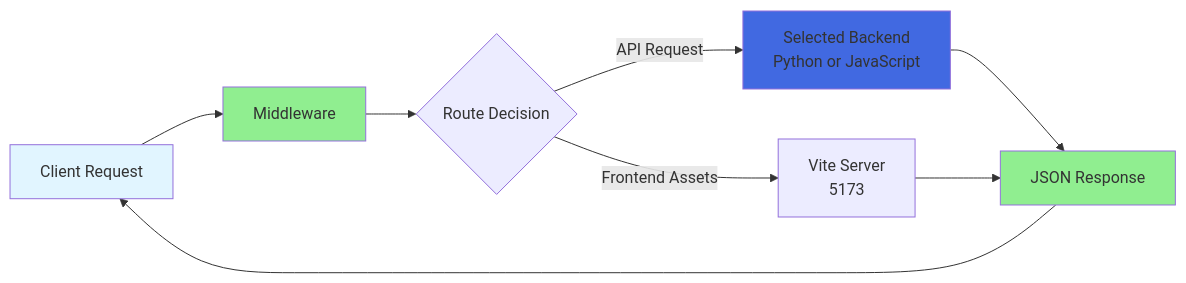
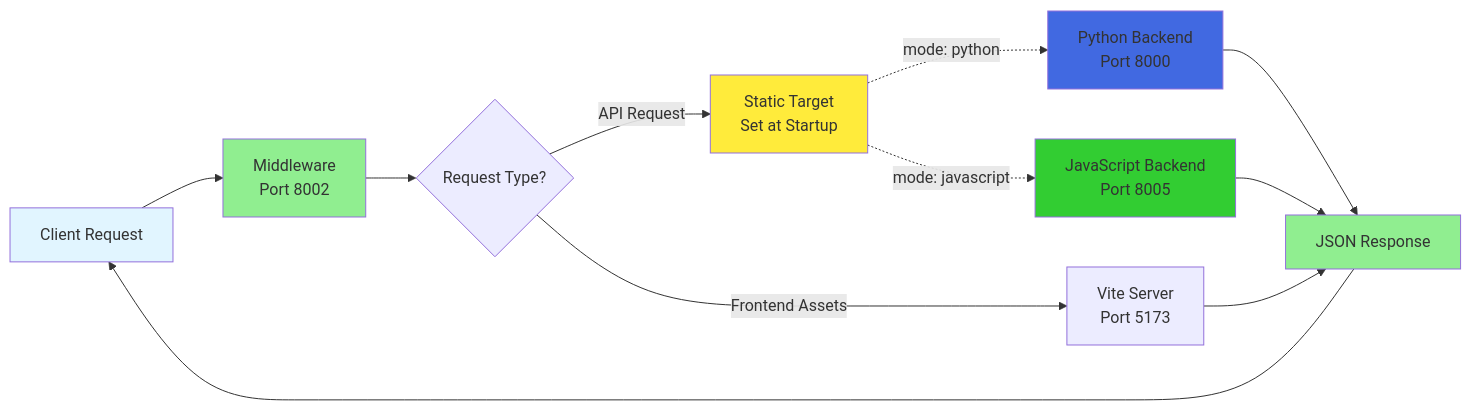
One commit to sunyhydralab/QView3D changed the first of 3 diagrams in docs/ARCHITECTURE.md. Above: the diagram before and after it, drawn with Mermaid. The commit also changed other lines of this file and 4 other files, not shown here.

Commit message:
docs: update documentation to reflect middleware architecture changes

````diff
--- a/docs/ARCHITECTURE.md
+++ b/docs/ARCHITECTURE.md
@@ -39,15 +40,20 @@
 ```mermaid
 flowchart LR
-    Client[Client Request] --> Middleware
-    Middleware --> Decision{Route Decision}
-    Decision -->|Frontend Assets| Vite[Vite Server<br/>5173]
-    Decision -->|API Request| Backend[Selected Backend<br/>Python or JavaScript]
-    Backend --> Response[JSON Response]
+    Client[Client Request] --> Middleware[Middleware<br/>Port 8002]
+    Middleware --> Check{Request Type?}
+    Check -->|Frontend Assets| Vite[Vite Server<br/>Port 5173]
+    Check -->|API Request| Target[Static Target<br/>Set at Startup]
+    Target -.->|mode: python| Python[Python Backend<br/>Port 8000]
+    Target -.->|mode: javascript| JS[JavaScript Backend<br/>Port 8005]
+    Python --> Response[JSON Response]
+    JS --> Response
     Vite --> Response
     Response --> Client
 
     style Client fill:#e1f5ff
     style Middleware fill:#90ee90
-    style Backend fill:#4169e1
+    style Target fill:#ffeb3b
+    style Python fill:#4169e1
+    style JS fill:#32cd32
     style Response fill:#90ee90
 ```
````
